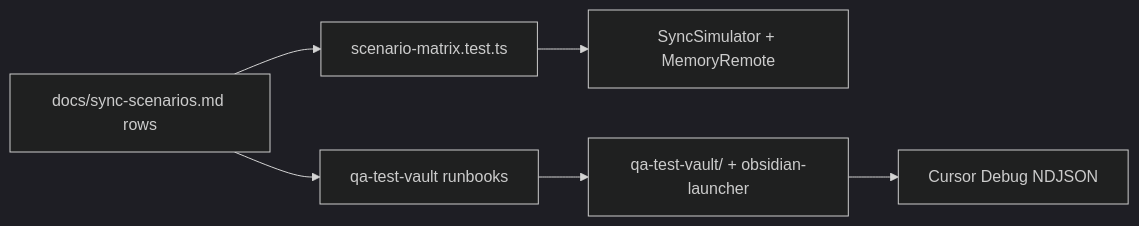
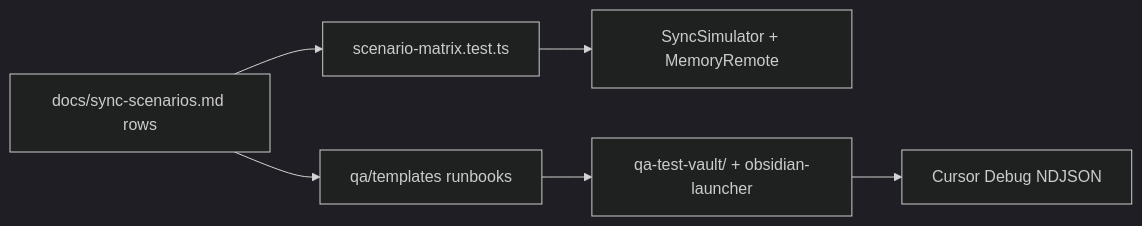
Before and after one commit to daledesilva/obsidian-dropbox-sync: the diagram in docs/sync-scenario-testing.md, drawn with Mermaid (dark theme). The commit also changed other lines of this file and 29 other files, not shown here.

````diff
--- a/docs/sync-scenario-testing.md
+++ b/docs/sync-scenario-testing.md
@@ -20,8 +20,8 @@
 ```mermaid
 flowchart LR
   Spec[docs/sync-scenarios.md rows] --> Matrix[scenario-matrix.test.ts]
   Matrix --> Sims[SyncSimulator + MemoryRemote]
-  Spec --> Runbooks[qa-test-vault runbooks]
+  Spec --> Runbooks[qa/templates runbooks]
   Runbooks --> Vault["qa-test-vault/ + obsidian-launcher"]
   Vault --> Ingest[Cursor Debug NDJSON]
 ```
````
